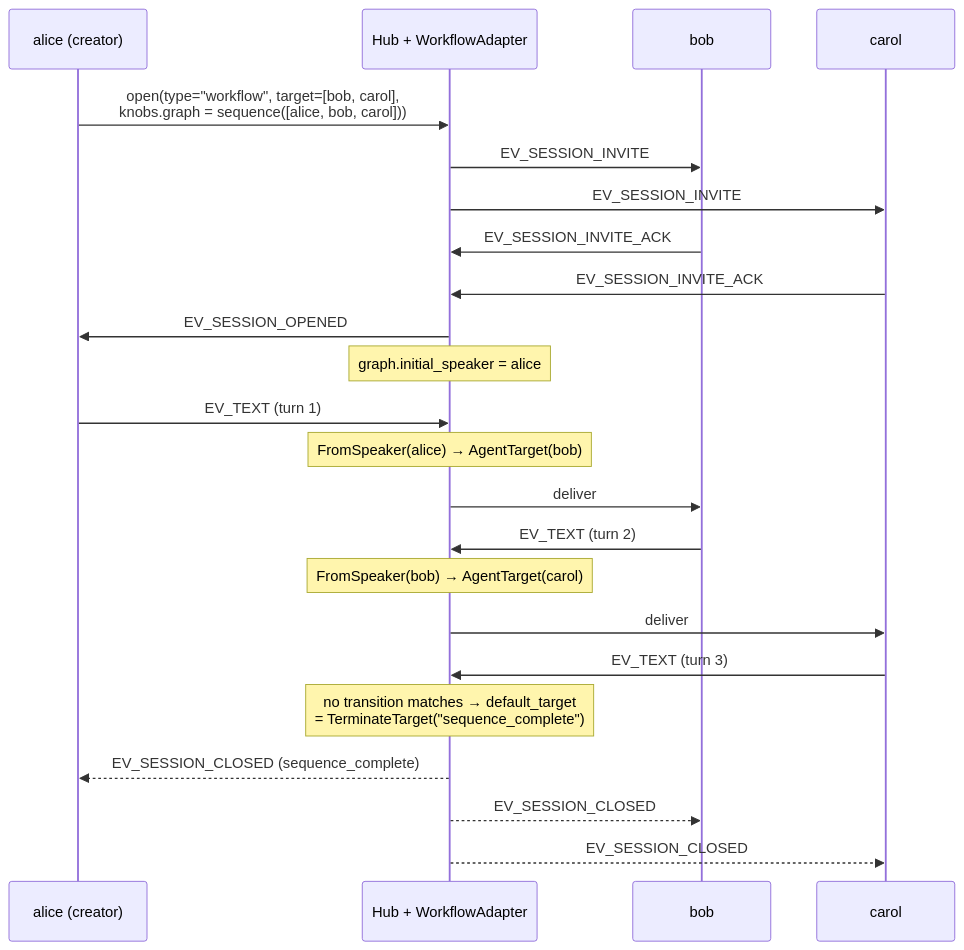
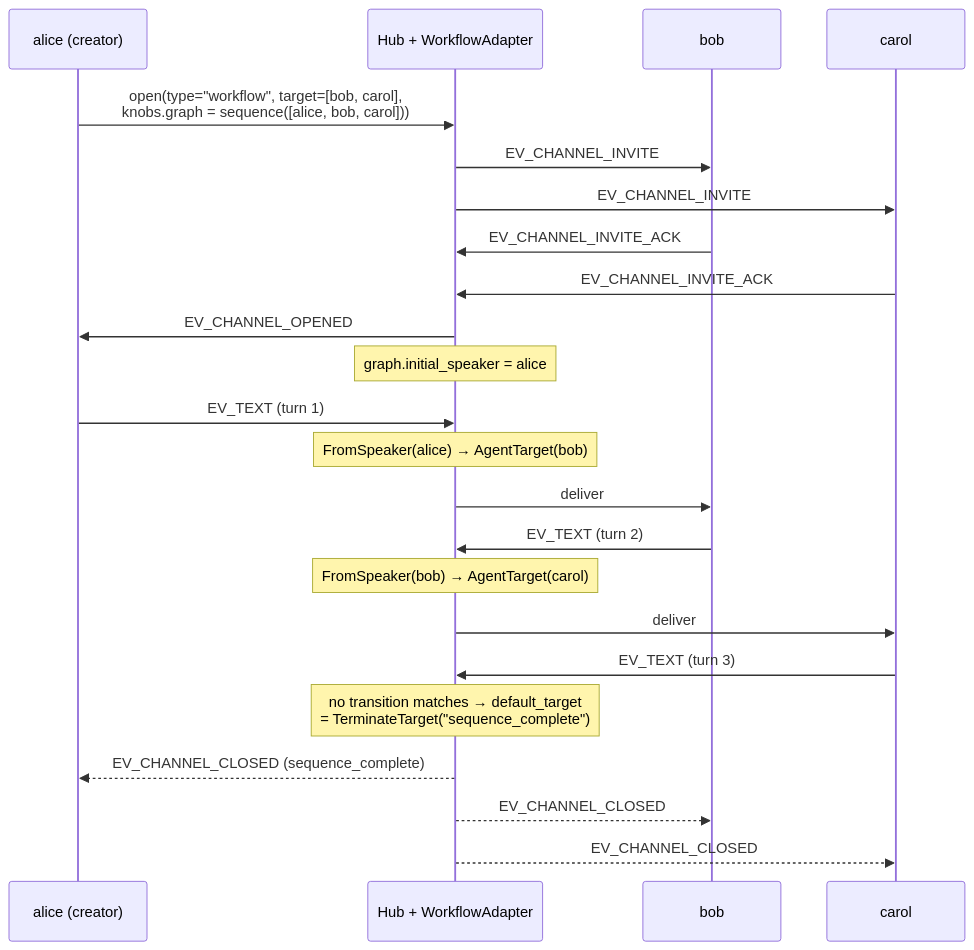
Before and after one commit to shaneholloman/ag2: the second of 2 diagrams in website/docs/beta/network/workflow.mdx, drawn with Mermaid. The commit also changed other lines of this file and 100 other files, not shown here.

````diff
--- a/website/docs/beta/network/workflow.mdx
+++ b/website/docs/beta/network/workflow.mdx
@@ -39,27 +39,27 @@
 ```mermaid
 sequenceDiagram
     participant A as alice (creator)
     participant H as Hub + WorkflowAdapter
     participant B as bob
     participant C as carol
 
     A->>H: open(type="workflow", target=[bob, carol],<br/>knobs.graph = sequence([alice, bob, carol]))
-    H->>B: EV_SESSION_INVITE
-    H->>C: EV_SESSION_INVITE
-    B->>H: EV_SESSION_INVITE_ACK
-    C->>H: EV_SESSION_INVITE_ACK
-    H->>A: EV_SESSION_OPENED
+    H->>B: EV_CHANNEL_INVITE
+    H->>C: EV_CHANNEL_INVITE
+    B->>H: EV_CHANNEL_INVITE_ACK
+    C->>H: EV_CHANNEL_INVITE_ACK
+    H->>A: EV_CHANNEL_OPENED
     Note over H: graph.initial_speaker = alice
 
     A->>H: EV_TEXT (turn 1)
     Note over H: FromSpeaker(alice) → AgentTarget(bob)
     H->>B: deliver
     B->>H: EV_TEXT (turn 2)
     Note over H: FromSpeaker(bob) → AgentTarget(carol)
     H->>C: deliver
     C->>H: EV_TEXT (turn 3)
     Note over H: no transition matches → default_target<br/>= TerminateTarget("sequence_complete")
-    H-->>A: EV_SESSION_CLOSED (sequence_complete)
-    H-->>B: EV_SESSION_CLOSED
-    H-->>C: EV_SESSION_CLOSED
+    H-->>A: EV_CHANNEL_CLOSED (sequence_complete)
+    H-->>B: EV_CHANNEL_CLOSED
+    H-->>C: EV_CHANNEL_CLOSED
 ```
````
